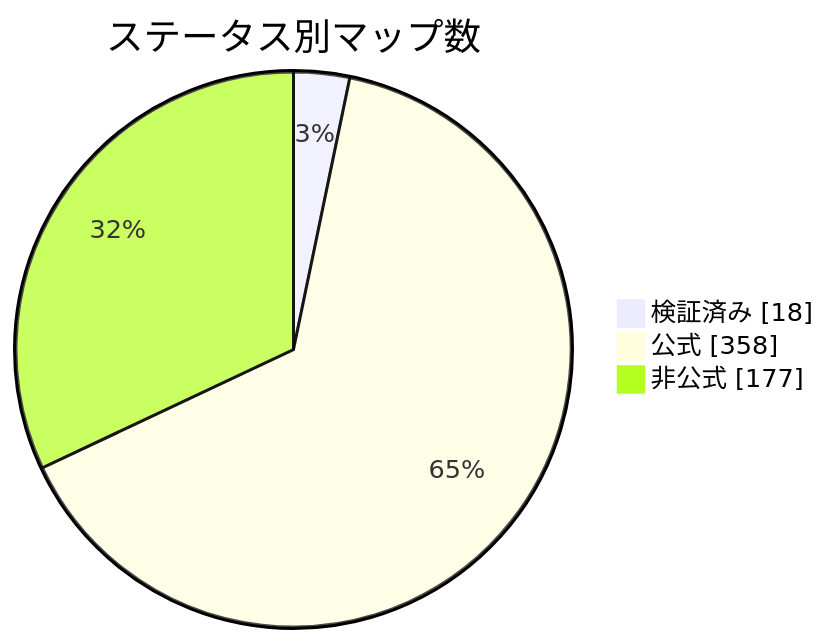
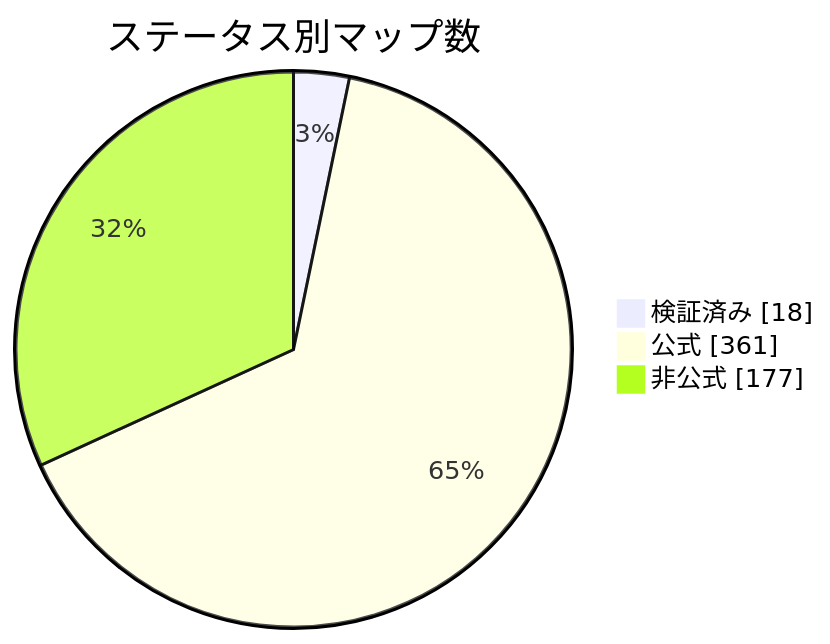
One commit to nobrega8/mbmap-library changed the diagram in docs/readme/README_JP.md. Above: the diagram before and after it, drawn with Mermaid. The commit also changed 8 other files, not shown here.

````diff
--- a/docs/readme/README_JP.md
+++ b/docs/readme/README_JP.md
@@ -54,7 +54,7 @@
 ```mermaid
 pie showData
     title ステータス別マップ数
     "検証済み" : 18
-    "公式" : 358
+    "公式" : 361
     "非公式" : 177
 ```
````
